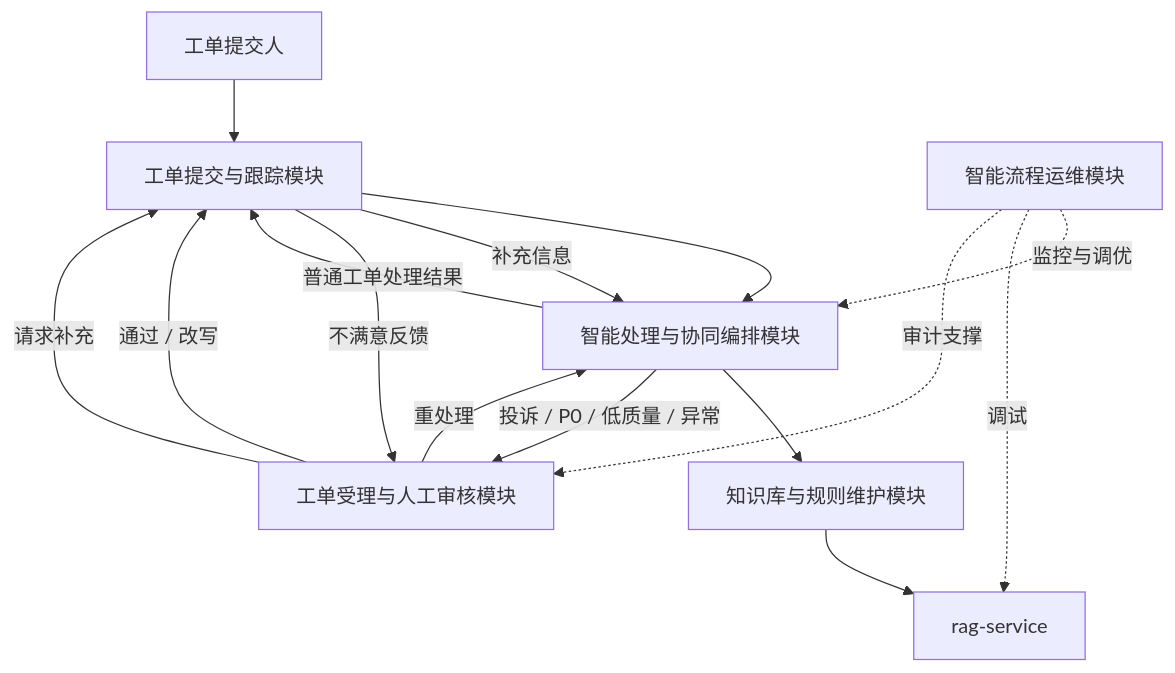
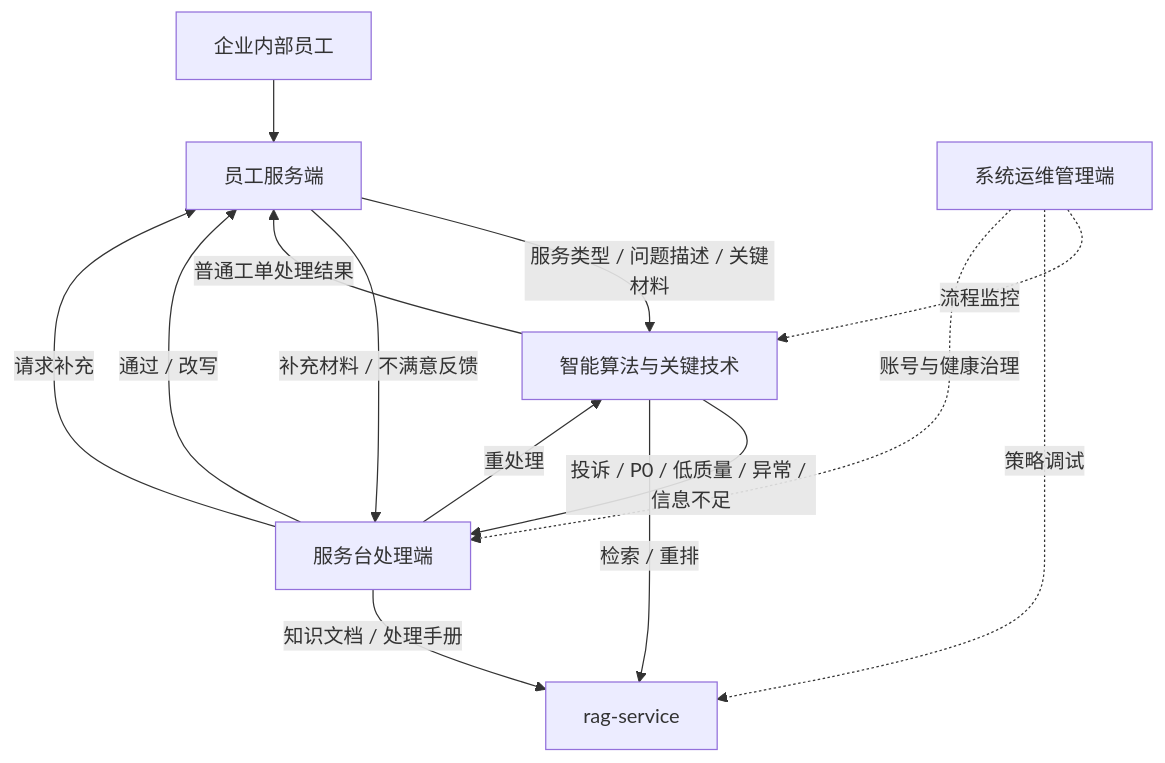
The first of 2 diagrams in docs/design-spec/00_预设计/02_系统功能与总体架构.md (ArtLjn/ai-agent-learning), drawn with Mermaid before and after one commit. The commit also changed other lines of this file and 39 other files, not shown here.

````diff
--- a/docs/design-spec/00_预设计/02_系统功能与总体架构.md
+++ b/docs/design-spec/00_预设计/02_系统功能与总体架构.md
@@ -45,17 +44,16 @@
 ```mermaid
 flowchart TB
-    User[工单提交人] --> M1[工单提交与跟踪模块]
-    M1 --> M4[智能处理与协同编排模块]
-    M4 --> M3[知识库与规则维护模块]
-    M3 --> RS[rag-service]
+    Staff[企业内部员工] --> M1[员工服务端]
+    M1 -->|服务类型 / 问题描述 / 关键材料| M4[智能算法与关键技术]
     M4 -->|普通工单处理结果| M1
-    M4 -->|投诉 / P0 / 低质量 / 异常| M2[工单受理与人工审核模块]
+    M4 -->|投诉 / P0 / 低质量 / 异常 / 信息不足| M2[服务台处理端]
     M2 -->|通过 / 改写| M1
     M2 -->|重处理| M4
     M2 -->|请求补充| M1
-    M1 -->|补充信息| M4
-    M1 -->|不满意反馈| M2
-    M5[智能流程运维模块] -.监控与调优.-> M4
-    M5 -.调试.-> RS
-    M5 -.审计支撑.-> M2
+    M1 -->|补充材料 / 不满意反馈| M2
+    M2 -->|知识文档 / 处理手册| RS[rag-service]
+    M4 -->|检索 / 重排| RS
+    M3[系统运维管理端] -.流程监控.-> M4
+    M3 -.策略调试.-> RS
+    M3 -.账号与健康治理.-> M2
 ```
````
